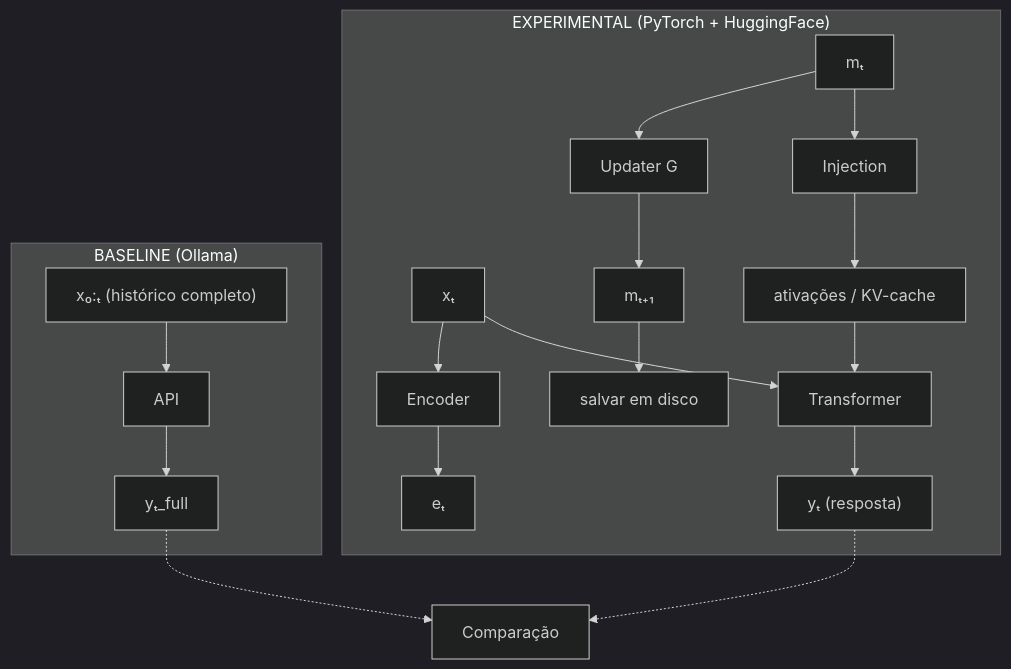
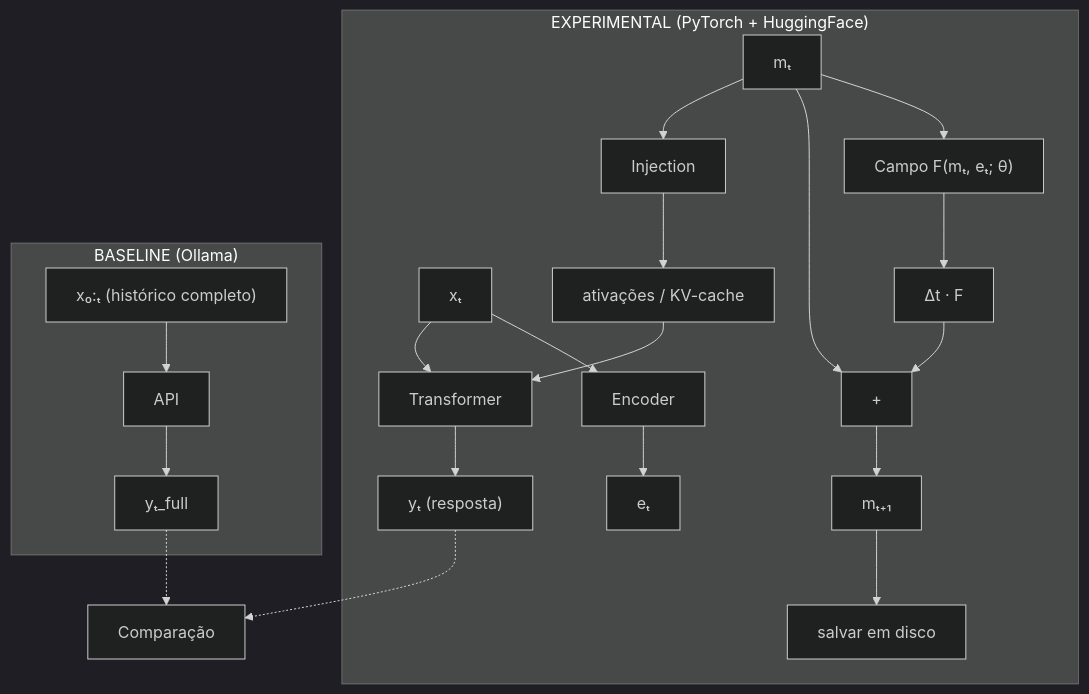
Before and after one commit to Green-Cinnamon-Labs/lab-latent-memory: the diagram in README.md, drawn with Mermaid (dark theme). The commit also changed other lines of this file and 2 other files, not shown here.

First line of the commit message:
feat: add v1 comparison benchmark and update README for vector-field pivot

````diff
--- a/README.md
+++ b/README.md
@@ -25,27 +35,30 @@
 ```mermaid
 flowchart TD
 
     subgraph EXPERIMENTAL["EXPERIMENTAL (PyTorch + HuggingFace)"]
         x_t["xₜ"] --> Encoder["Encoder"]
         Encoder --> e_t["eₜ"]
 
-        m_t["mₜ"] --> Updater["Updater G"]
-        Updater --> m_t1["mₜ₊₁"]
+        m_t["mₜ"] --> Field["Campo F(mₜ, eₜ; θ)"]
+        Field --> delta["Δt · F"]
+        m_t --> add["+"]
+        delta --> add
+        add --> m_t1["mₜ₊₁"]
         m_t1 --> Disk["salvar em disco"]
 
         m_t --> Injection["Injection"]
         Injection --> KV["ativações / KV-cache"]
 
         KV --> Transformer["Transformer"]
         x_t --> Transformer
         Transformer --> y_t["yₜ (resposta)"]
     end
 
     subgraph BASELINE["BASELINE (Ollama)"]
         history["x₀:ₜ (histórico completo)"] --> API["API"]
         API --> y_full["yₜ_full"]
     end
 
     y_t -.-> Compare["Comparação"]
     y_full -.-> Compare
 ```
````
